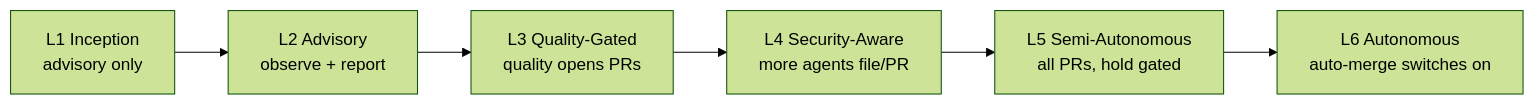
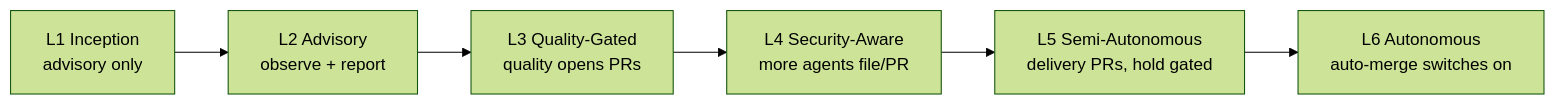
One commit to Danathar/hive changed the sixth of 10 diagrams in src/docs/architecture.md. Above: the diagram before and after it, drawn with Mermaid (forest theme). The commit also changed other lines of this file and 54 other files, not shown here.

````diff
--- a/src/docs/architecture.md
+++ b/src/docs/architecture.md
@@ -289,10 +320,10 @@
 ```mermaid
 flowchart LR
     L1["L1 Inception<br/>advisory only"]
     L2["L2 Advisory<br/>observe + report"]
     L3["L3 Quality-Gated<br/>quality opens PRs"]
     L4["L4 Security-Aware<br/>more agents file/PR"]
-    L5["L5 Semi-Autonomous<br/>all PRs, hold gated"]
+    L5["L5 Semi-Autonomous<br/>delivery PRs, hold gated"]
     L6["L6 Autonomous<br/>auto-merge switches on"]
     L1 --> L2 --> L3 --> L4 --> L5 --> L6
 ```
````
